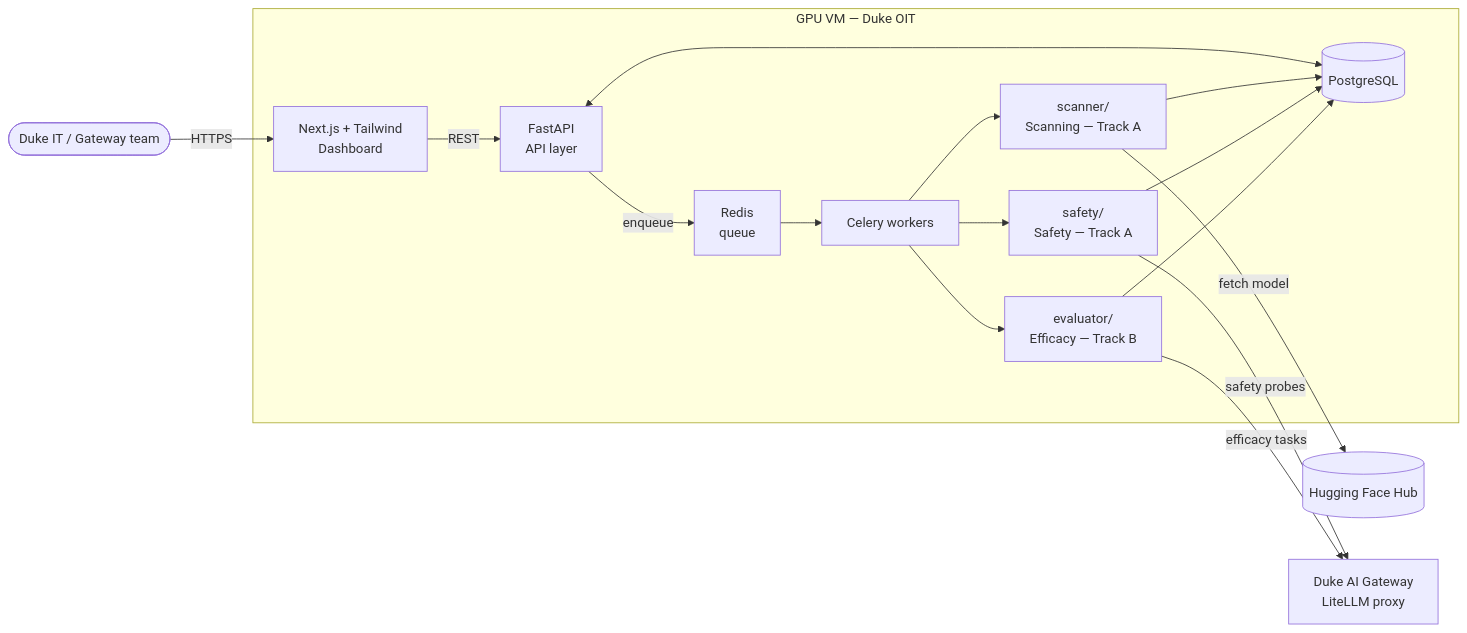
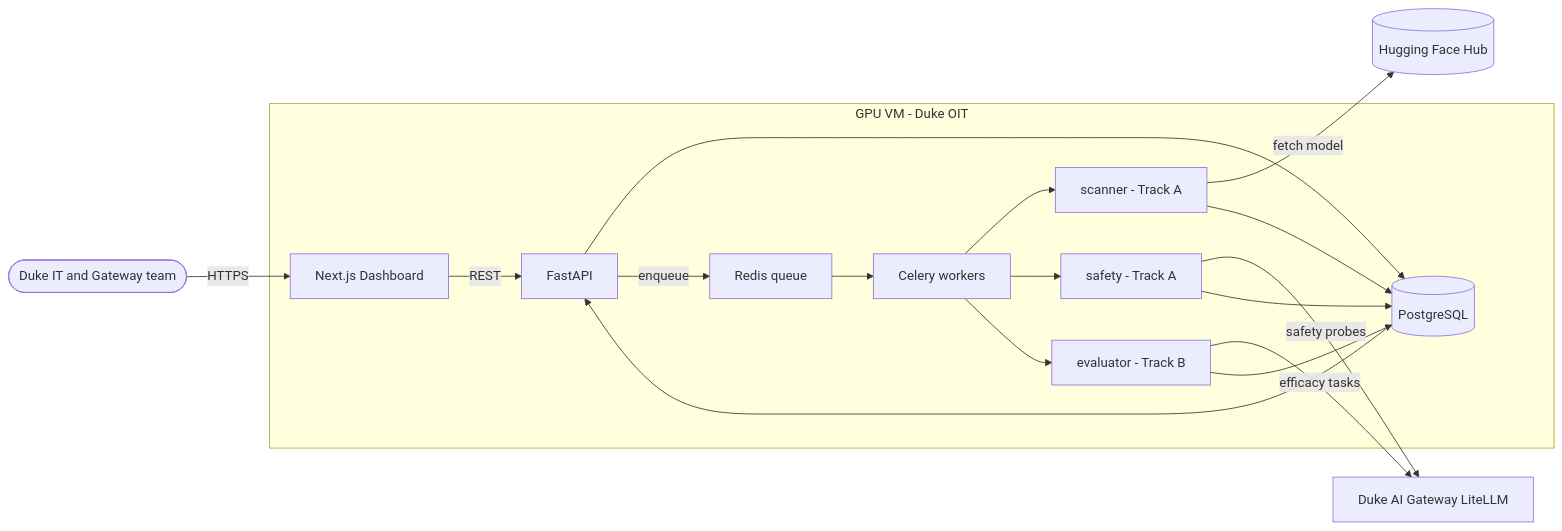
Before and after one commit to evelindsayyy/security-and-qa-for-ai-models: the first of 3 diagrams in docs/architecture.md, drawn with Mermaid. The commit also changed other lines of this file and 2 other files, not shown here.

Commit message:
Updated architecture.md and data-model.md to be visible on GitLab.

````diff
--- a/docs/architecture.md
+++ b/docs/architecture.md
@@ -21,32 +21,33 @@
 ```mermaid
 flowchart LR
-  User([Duke IT / Gateway team])
-  HF[(Hugging Face Hub)]
-  GW[Duke AI Gateway<br/>LiteLLM proxy]
+  User(["Duke IT and Gateway team"])
+  HF[("Hugging Face Hub")]
+  GW["Duke AI Gateway LiteLLM"]
 
-  subgraph VM[GPU VM — Duke OIT]
-    UI[Next.js + Tailwind<br/>Dashboard]
-    API[FastAPI<br/>API layer]
-    Q[Redis<br/>queue]
-    W[Celery workers]
-    Scanner[scanner/<br/>Scanning — Track A]
-    Safety[safety/<br/>Safety — Track A]
-    Evaluator[evaluator/<br/>Efficacy — Track B]
-    DB[(PostgreSQL)]
+  subgraph vm ["GPU VM - Duke OIT"]
+    UI["Next.js Dashboard"]
+    API["FastAPI"]
+    Q["Redis queue"]
+    W["Celery workers"]
+    Scanner["scanner - Track A"]
+    Safety["safety - Track A"]
+    Evaluator["evaluator - Track B"]
+    DB[("PostgreSQL")]
   end
 
   User -->|HTTPS| UI
   UI -->|REST| API
-  API <--> DB
+  API --> DB
+  DB --> API
   API -->|enqueue| Q
   Q --> W
   W --> Scanner
   W --> Safety
   W --> Evaluator
   Scanner -->|fetch model| HF
   Safety -->|safety probes| GW
   Evaluator -->|efficacy tasks| GW
   Scanner --> DB
   Safety --> DB
   Evaluator --> DB
 ```
````
